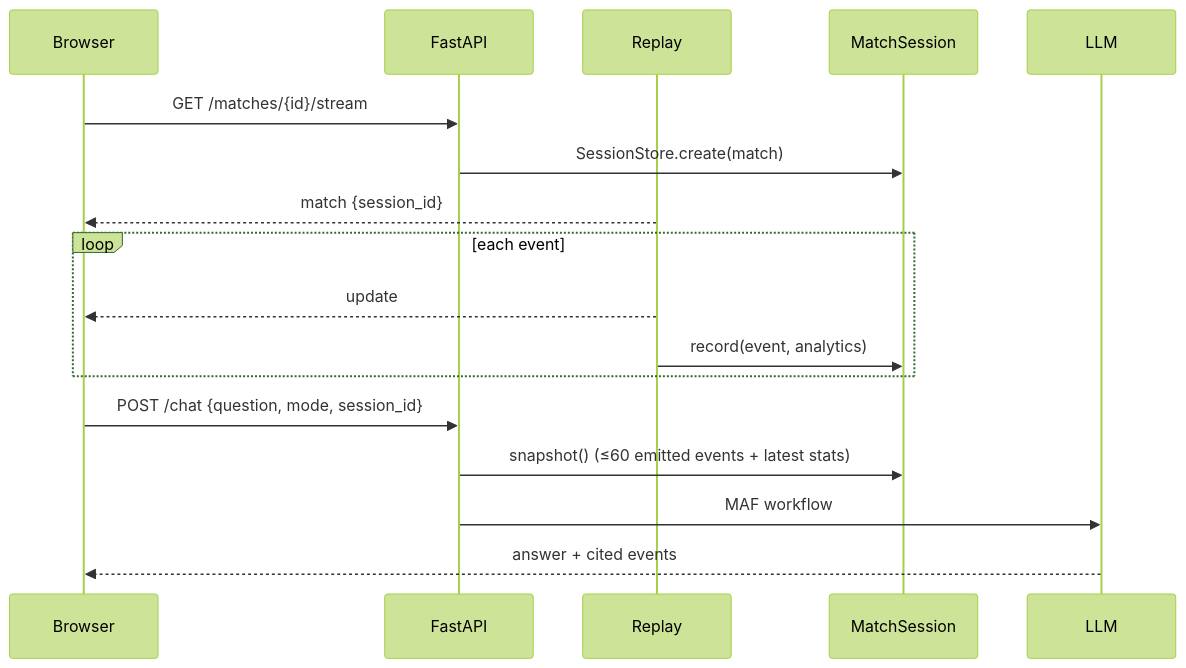
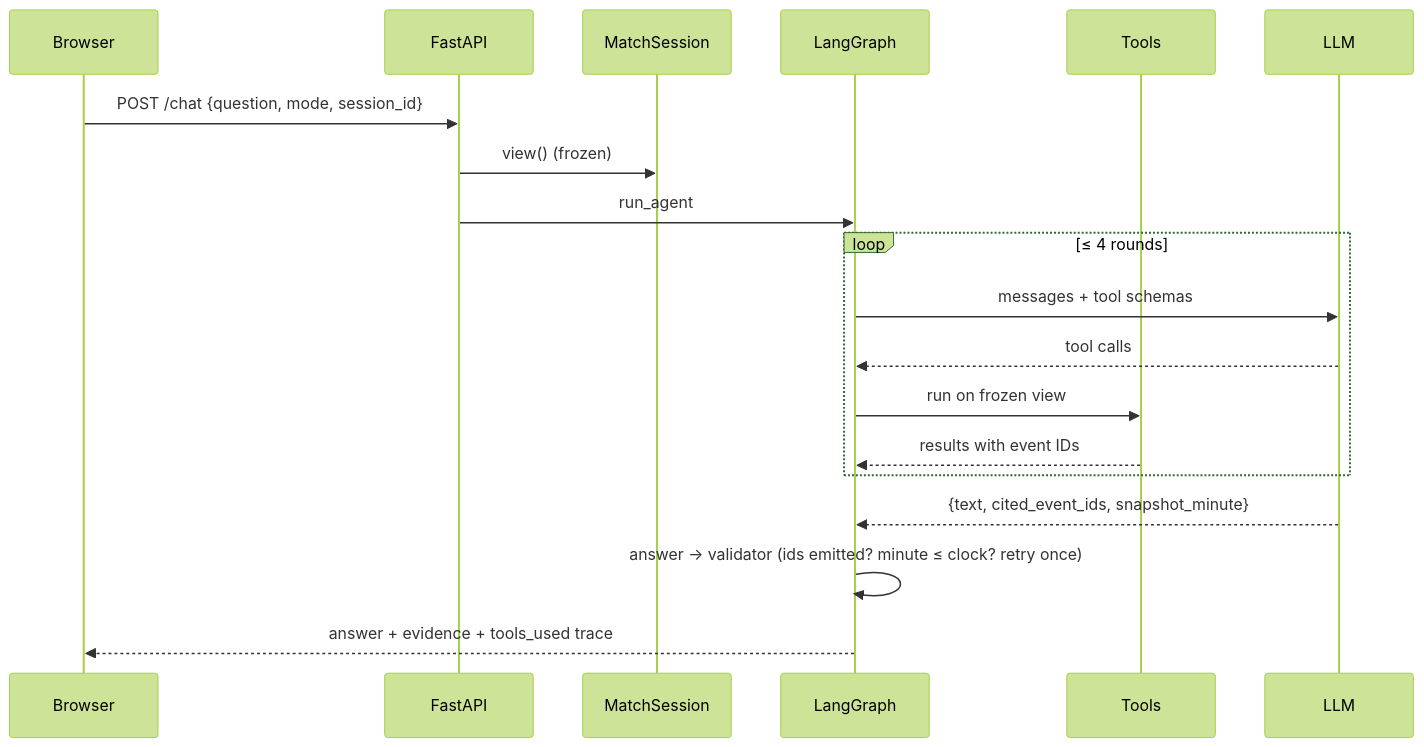
The second of 2 diagrams in docs/architecture.md (fouratrachid/Inside-the-Game-Hackathon), drawn with Mermaid (forest theme) before and after one commit. The commit also changed other lines of this file and 40 other files, not shown here.

First line of the commit message:
Phase 2: LangGraph agent that chooses its own tools

````diff
--- a/docs/architecture.md
+++ b/docs/architecture.md
@@ -25,19 +27,21 @@
 ```mermaid
 sequenceDiagram
     participant B as Browser
     participant S as FastAPI
-    participant R as Replay
     participant M as MatchSession
+    participant G as LangGraph
+    participant T as Tools
     participant L as LLM
-    B->>S: GET /matches/{id}/stream
-    S->>M: SessionStore.create(match)
-    R-->>B: match {session_id}
-    loop each event
-        R-->>B: update
-        R->>M: record(event, analytics)
+    B->>S: POST /chat {question, mode, session_id}
+    S->>M: view() (frozen)
+    S->>G: run_agent
+    loop ≤ 4 rounds
+      G->>L: messages + tool schemas
+      L-->>G: tool calls
+      G->>T: run on frozen view
+      T-->>G: results with event IDs
     end
-    B->>S: POST /chat {question, mode, session_id}
-    S->>M: snapshot() (≤60 emitted events + latest stats)
-    S->>L: MAF workflow
-    L-->>B: answer + cited events
+    L-->>G: {text, cited_event_ids, snapshot_minute}
+    G->>G: answer → validator (ids emitted? minute ≤ clock? retry once)
+    G-->>B: answer + evidence + tools_used trace
 ```
````
